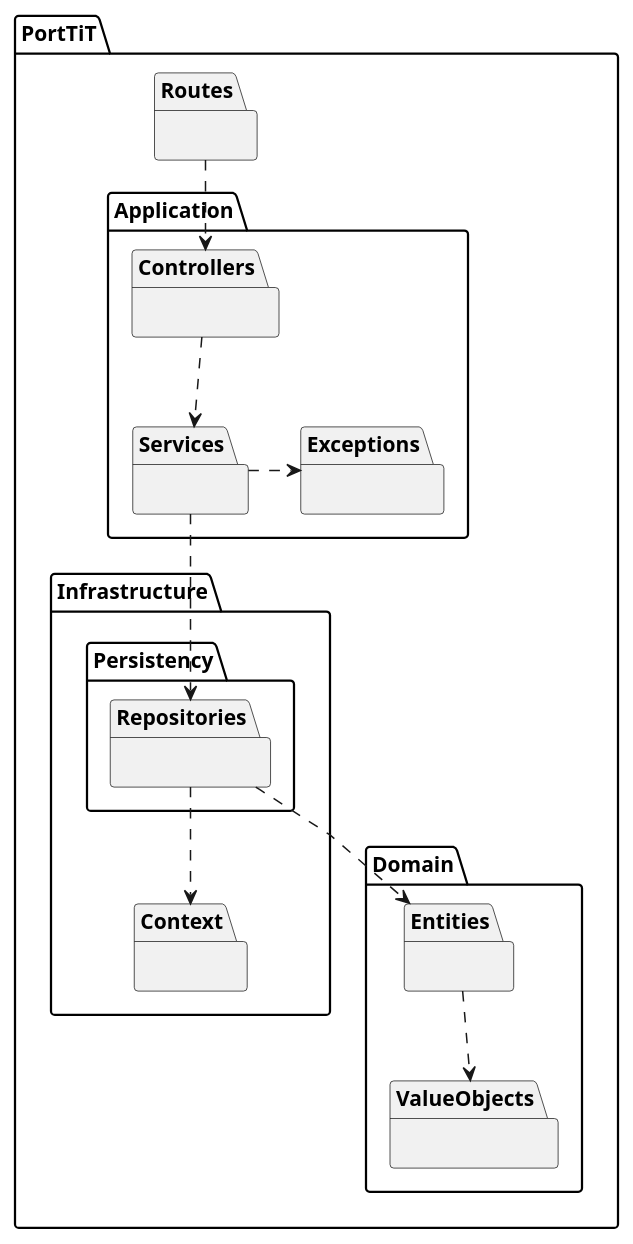
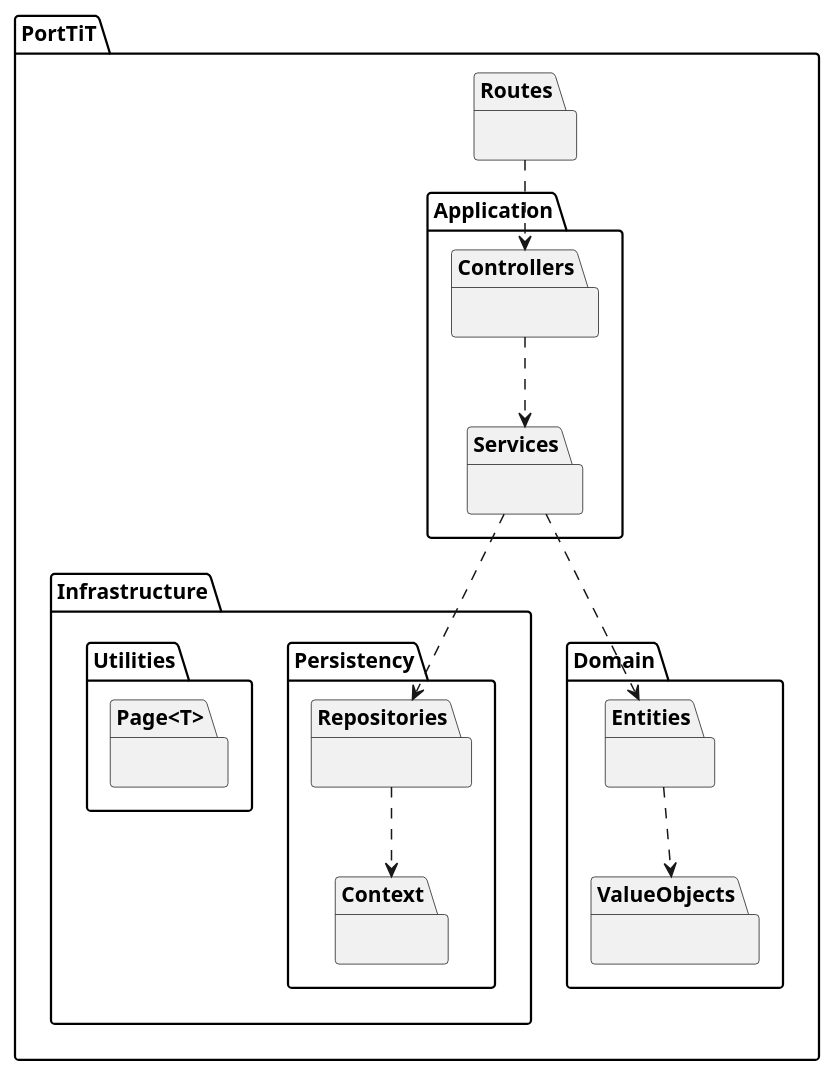
The diagram in docs/sprint_1/global_artifacts/arquitecture/level_4/implementation_views/l4_implementation_view_1.puml (BernasDzn/portit), drawn with PlantUML before and after one commit. The commit also changed 27 other files, not shown here.

```diff
--- a/docs/sprint_1/global_artifacts/arquitecture/level_4/implementation_views/l4_implementation_view_1.puml
+++ b/docs/sprint_1/global_artifacts/arquitecture/level_4/implementation_views/l4_implementation_view_1.puml
@@ -1,60 +1,61 @@
 @startuml logicview_n4
 skinparam Linetype polyline
 
 package "PortTiT" {
 
     package "Routes" as rt {
 
     }
 
     package "Application" {
         package "Controllers" as controller {
-
-        }
-
-        package "Exceptions" as exception {
 
         }
 
         package "Services" as service{
 
         }
     }
 
     package "Infrastructure"{
 
         package "Persistency" {
 
             package "Repositories" as repo {
 
             }
+
+            package "Context" as ctx {
+
+            }
         }
 
-        package "Context" as ctx {
+        package "Utilities" {
 
+            package "Page<T>" as page {
+
+            }
         }
     }
 
     package "Domain"{
         package "Entities" as ent {
 
         }
 
         package "ValueObjects" as vo {
 
         }
     }
 }
 
 controller ..> service
 service ..> repo
-repo ..> ent
+service ..> ent
 
 ent ..> vo
-
-service .r.> exception
 
 repo ..> ctx
 rt ..> controller
 
 @enduml
```
